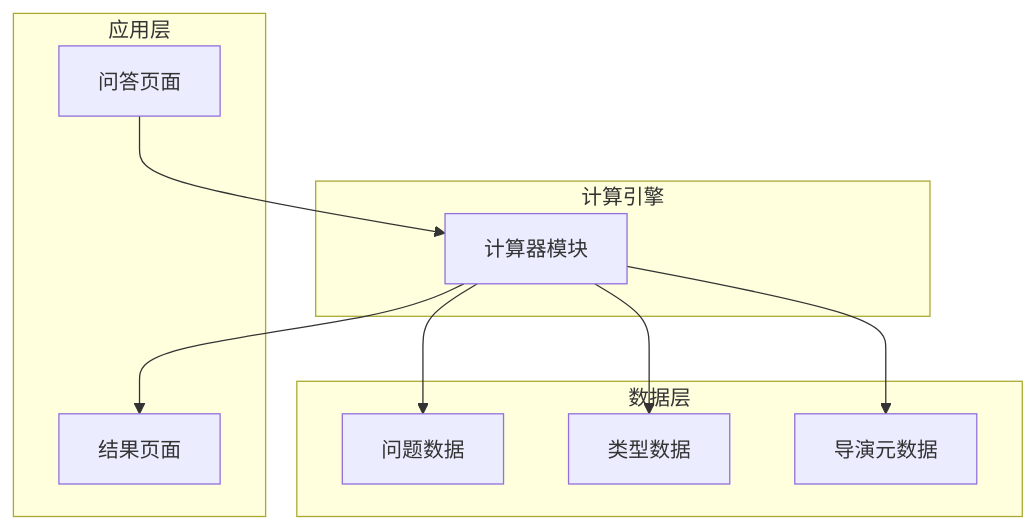
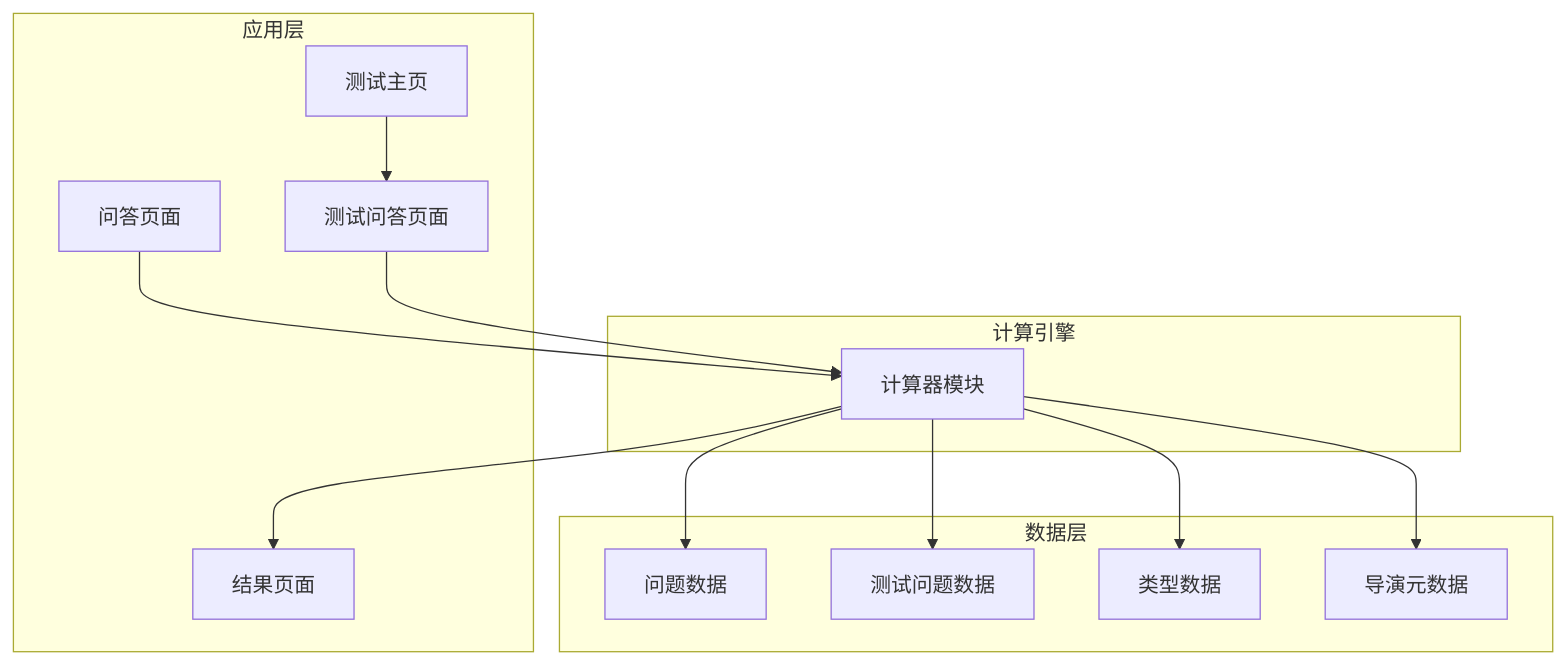
Before and after one commit to Dragon0412/fbti-app: the first of 12 diagrams in .qoder/repowiki/zh/content/API参考文档/计算引擎API.md, drawn with Mermaid. The commit also changed other lines of this file and 14 other files, not shown here.

````diff
--- a/.qoder/repowiki/zh/content/API参考文档/计算引擎API.md
+++ b/.qoder/repowiki/zh/content/API参考文档/计算引擎API.md
@@ -40,20 +47,26 @@
 ```mermaid
 graph TB
 subgraph "应用层"
 Quiz[问答页面]
+TestQuiz[测试问答页面]
 Result[结果页面]
+TestLanding[测试主页]
 end
 subgraph "数据层"
 Questions[问题数据]
+QuestionsTest[测试问题数据]
 Types[类型数据]
 Directors[导演元数据]
 end
 subgraph "计算引擎"
 Calculator[计算器模块]
 end
 Quiz --> Calculator
+TestQuiz --> Calculator
 Calculator --> Questions
+Calculator --> QuestionsTest
 Calculator --> Types
 Calculator --> Directors
 Calculator --> Result
+TestLanding --> TestQuiz
 ```
````
